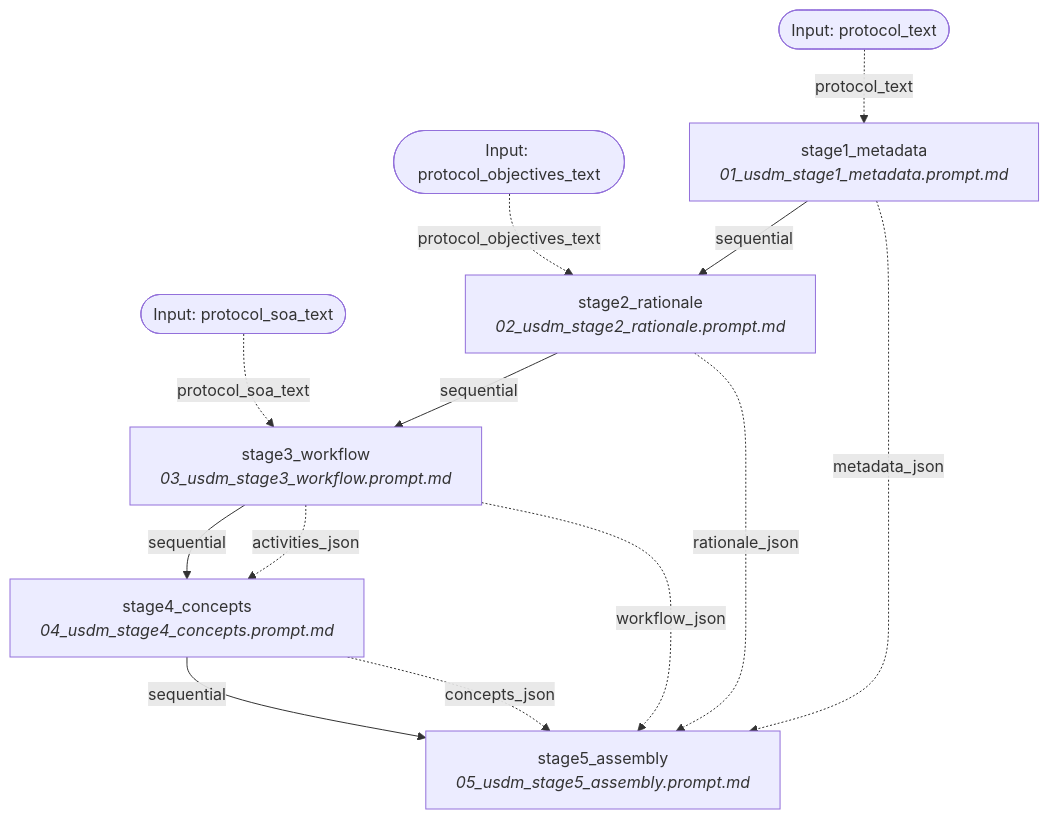
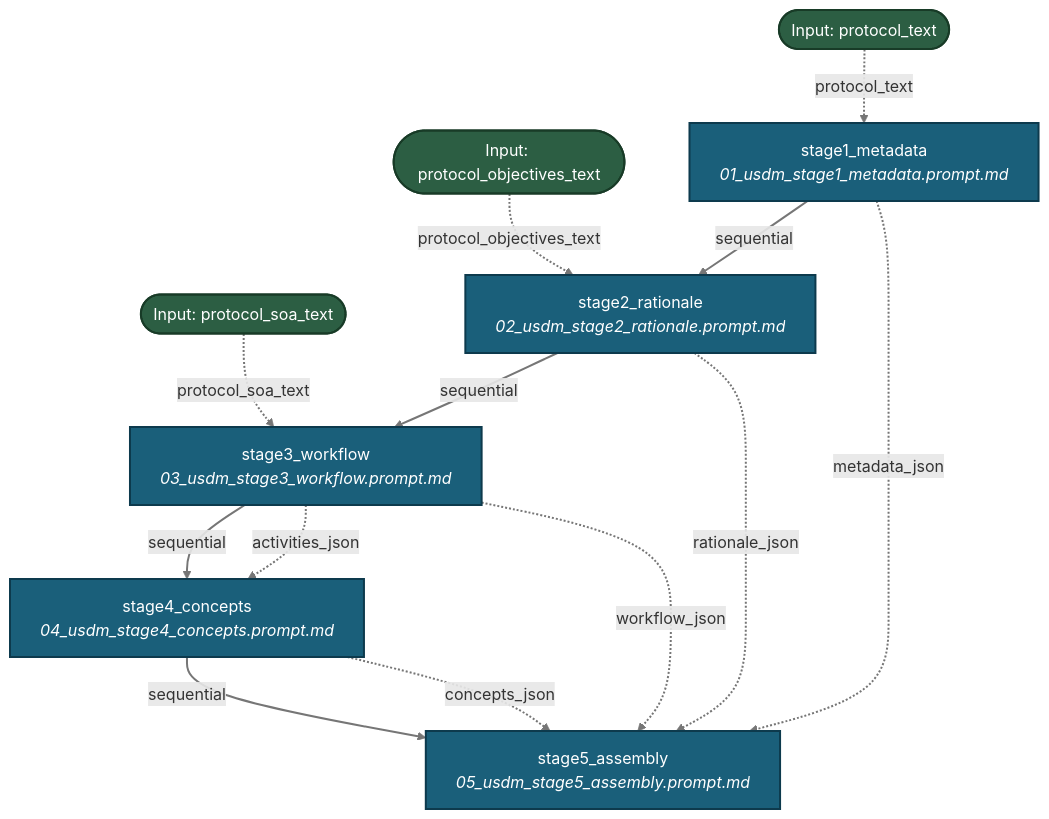
One commit to fderuiter/proompts changed the diagram in docs/workflows/usdm_workflow.md. Above: the diagram before and after it, drawn with Mermaid. The commit also changed 267 other files, not shown here.

````diff
--- a/docs/workflows/usdm_workflow.md
+++ b/docs/workflows/usdm_workflow.md
@@ -11,23 +11,26 @@
 ```mermaid
 graph TD
-    INPUT_protocol_text([Input: protocol_text])
-    INPUT_protocol_objectives_text([Input: protocol_objectives_text])
-    INPUT_protocol_soa_text([Input: protocol_soa_text])
-    stage1_metadata[stage1_metadata<br><i>01_usdm_stage1_metadata.prompt.md</i>]
+    classDef stepNode fill:#1a5f7a,stroke:#0d3a4d,stroke-width:2px,color:#ffffff;
+    classDef inputNode fill:#2c5e43,stroke:#183b27,stroke-width:2px,color:#ffffff;
+    INPUT_protocol_text([Input: protocol_text]):::inputNode
+    INPUT_protocol_objectives_text([Input: protocol_objectives_text]):::inputNode
+    INPUT_protocol_soa_text([Input: protocol_soa_text]):::inputNode
+    stage1_metadata[stage1_metadata<br><i>01_usdm_stage1_metadata.prompt.md</i>]:::stepNode
     INPUT_protocol_text -. protocol_text .-> stage1_metadata
     stage1_metadata -->|sequential| stage2_rationale
-    stage2_rationale[stage2_rationale<br><i>02_usdm_stage2_rationale.prompt.md</i>]
+    stage2_rationale[stage2_rationale<br><i>02_usdm_stage2_rationale.prompt.md</i>]:::stepNode
     INPUT_protocol_objectives_text -. protocol_objectives_text .-> stage2_rationale
     stage2_rationale -->|sequential| stage3_workflow
-    stage3_workflow[stage3_workflow<br><i>03_usdm_stage3_workflow.prompt.md</i>]
+    stage3_workflow[stage3_workflow<br><i>03_usdm_stage3_workflow.prompt.md</i>]:::stepNode
     INPUT_protocol_soa_text -. protocol_soa_text .-> stage3_workflow
     stage3_workflow -->|sequential| stage4_concepts
-    stage4_concepts[stage4_concepts<br><i>04_usdm_stage4_concepts.prompt.md</i>]
+    stage4_concepts[stage4_concepts<br><i>04_usdm_stage4_concepts.prompt.md</i>]:::stepNode
     stage3_workflow -. activities_json .-> stage4_concepts
     stage4_concepts -->|sequential| stage5_assembly
-    stage5_assembly[stage5_assembly<br><i>05_usdm_stage5_assembly.prompt.md</i>]
+    stage5_assembly[stage5_assembly<br><i>05_usdm_stage5_assembly.prompt.md</i>]:::stepNode
     stage1_metadata -. metadata_json .-> stage5_assembly
     stage2_rationale -. rationale_json .-> stage5_assembly
     stage3_workflow -. workflow_json .-> stage5_assembly
     stage4_concepts -. concepts_json .-> stage5_assembly
+    linkStyle default stroke:#767676,stroke-width:2px;
 ```
````
